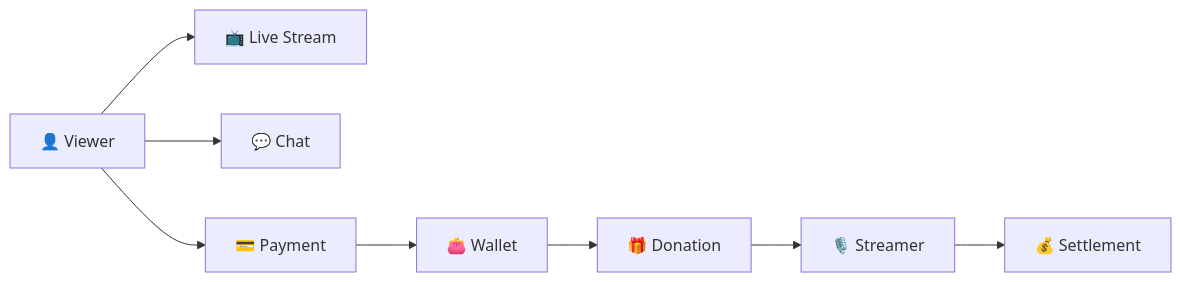
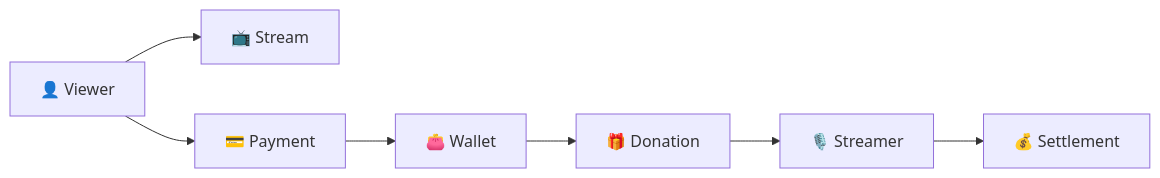
Before and after one commit to RAIO-Project/.github: the diagram in profile/README.md, drawn with Mermaid. The commit also changed other lines of this file, not shown here.

````diff
--- a/profile/README.md
+++ b/profile/README.md
@@ -119,23 +219,18 @@
 ```mermaid
 flowchart LR
 
     Viewer["👤 Viewer"]
-    Stream["📺 Live Stream"]
-    Chat["💬 Chat"]
+    Stream["📺 Stream"]
     Payment["💳 Payment"]
     Wallet["👛 Wallet"]
     Donation["🎁 Donation"]
     Streamer["🎙️ Streamer"]
     Settlement["💰 Settlement"]
 
     Viewer --> Stream
-    Viewer --> Chat
-
     Viewer --> Payment
     Payment --> Wallet
-
     Wallet --> Donation
     Donation --> Streamer
-
     Streamer --> Settlement
 ```
````
